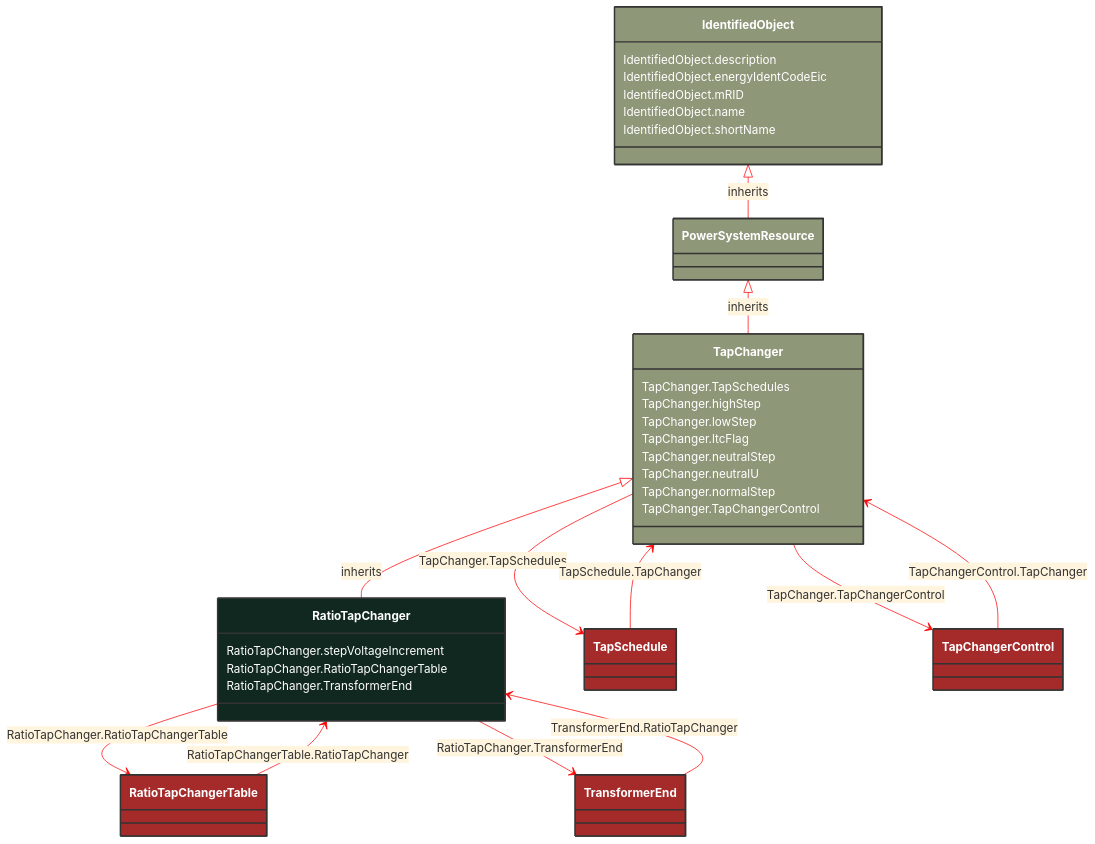
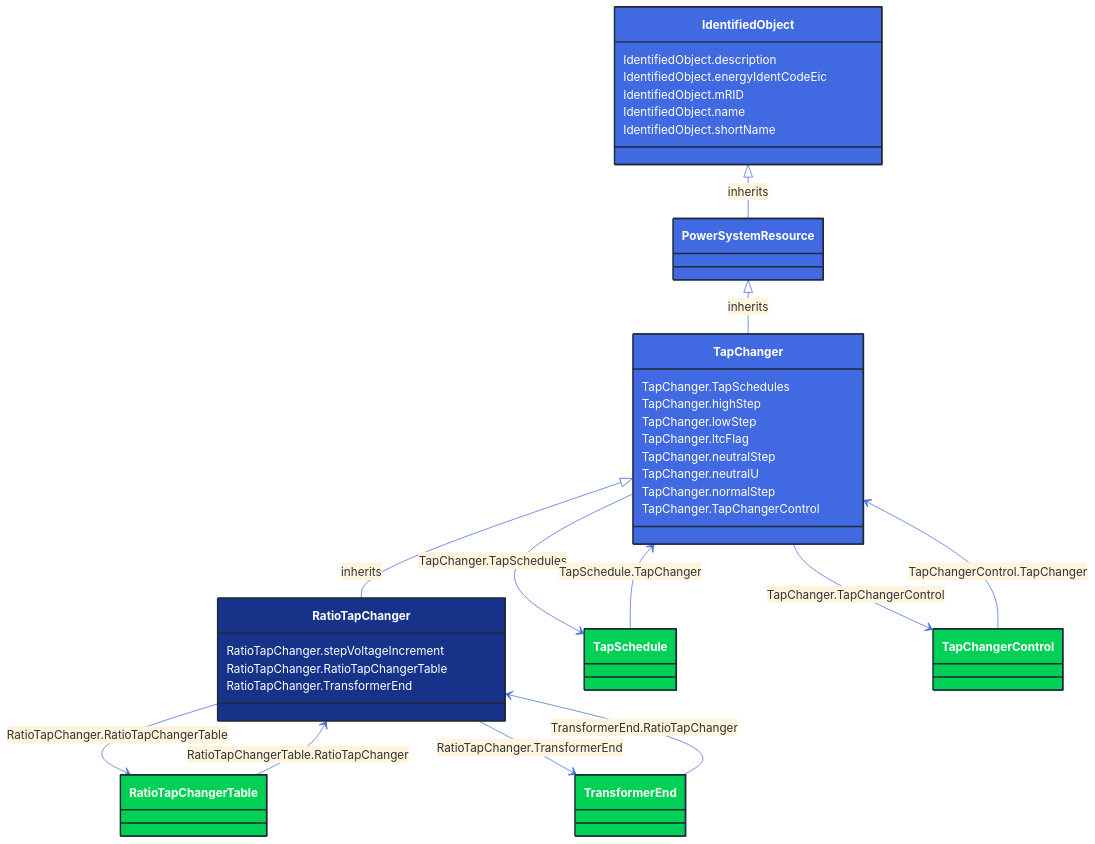
The diagram in docs/Models/Profiles/CoreEquipment/ConcreteClasses/RatioTapChanger.md (3lbits/NoCIMExtensions), drawn with Mermaid before and after one commit. The commit also changed 362 other files, not shown here.

First line of the commit message:
Update diagrams and styles for improved visual consistency

````diff
--- a/docs/Models/Profiles/CoreEquipment/ConcreteClasses/RatioTapChanger.md
+++ b/docs/Models/Profiles/CoreEquipment/ConcreteClasses/RatioTapChanger.md
@@ -10,82 +10,82 @@
 ```mermaid
-%%{init: {'theme':'base','themeVariables': {'lineColor': '#FF0000'}}}%%
+%%{init: {'theme':'base','themeVariables': {'lineColor': '#4169E1'}}}%%
 classDiagram
     class RatioTapChanger
     click RatioTapChanger href "/Models/Profiles/CoreEquipment/ConcreteClasses/RatioTapChanger/"
-    style RatioTapChanger fill:#102820,stroke:#333,stroke-width:2px,rx:10,ry:10,color:white
+    style RatioTapChanger fill:#163289,stroke:#1F2A37,stroke-width:2px,rx:10,ry:10,color:white
      
         TapChanger <|-- RatioTapChanger : inherits
             click TapChanger href "/Models/Profiles/CoreEquipment/AbstractClasses/TapChanger/"
-            style TapChanger fill:#8F9779,stroke:#333,stroke-width:2px,rx:10,ry:10,color:white
+            style TapChanger fill:#4169E1,stroke:#1F2A37,stroke-width:2px,rx:10,ry:10,color:white
      
         PowerSystemResource <|-- TapChanger : inherits
             click PowerSystemResource href "/Models/Profiles/CoreEquipment/AbstractClasses/PowerSystemResource/"
-            style PowerSystemResource fill:#8F9779,stroke:#333,stroke-width:2px,rx:10,ry:10,color:white
+            style PowerSystemResource fill:#4169E1,stroke:#1F2A37,stroke-width:2px,rx:10,ry:10,color:white
      
         IdentifiedObject <|-- PowerSystemResource : inherits
             click IdentifiedObject href "/Models/Profiles/CoreEquipment/AbstractClasses/IdentifiedObject/"
-            style IdentifiedObject fill:#8F9779,stroke:#333,stroke-width:2px,rx:10,ry:10,color:white
+            style IdentifiedObject fill:#4169E1,stroke:#1F2A37,stroke-width:2px,rx:10,ry:10,color:white
 
         RatioTapChanger --> RatioTapChangerTable : RatioTapChanger.RatioTapChangerTable
 
         RatioTapChangerTable
             click RatioTapChangerTable href "/Models/Profiles/CoreEquipment/ConcreteClasses/RatioTapChangerTable/"
-            style RatioTapChangerTable fill:#A52A2A,stroke:#333,stroke-width:2px,rx:10,ry:10,color:white
+            style RatioTapChangerTable fill:#00D156,stroke:#1F2A37,stroke-width:2px,rx:10,ry:10,color:white
         RatioTapChanger --> TransformerEnd : RatioTapChanger.TransformerEnd
 
         TransformerEnd
             click TransformerEnd href "/Models/Profiles/CoreEquipment/AbstractClasses/TransformerEnd/"
-            style TransformerEnd fill:#A52A2A,stroke:#333,stroke-width:2px,rx:10,ry:10,color:white
+            style TransformerEnd fill:#00D156,stroke:#1F2A37,stroke-width:2px,rx:10,ry:10,color:white
         TapChanger --> TapSchedule : TapChanger.TapSchedules
 
         TapSchedule
             click TapSchedule href "/Models/Profiles/CoreEquipment/AbstractClasses/TapSchedule/"
-            style TapSchedule fill:#A52A2A,stroke:#333,stroke-width:2px,rx:10,ry:10,color:white
+            style TapSchedule fill:#00D156,stroke:#1F2A37,stroke-width:2px,rx:10,ry:10,color:white
         TapChanger --> TapChangerControl : TapChanger.TapChangerControl
 
         TapChangerControl
             click TapChangerControl href "/Models/Profiles/CoreEquipment/ConcreteClasses/TapChangerControl/"
-            style TapChangerControl fill:#A52A2A,stroke:#333,stroke-width:2px,rx:10,ry:10,color:white
+            style TapChangerControl fill:#00D156,stroke:#1F2A37,stroke-width:2px,rx:10,ry:10,color:white
 
         TapSchedule --> TapChanger : TapSchedule.TapChanger
 
         TapSchedule
             click TapSchedule href "/Models/Profiles/CoreEquipment/AbstractClasses/TapSchedule/"
-            style TapSchedule fill:#A52A2A,stroke:#333,stroke-width:2px,rx:10,ry:10,color:white
+            style TapSchedule fill:#00D156,stroke:#1F2A37,stroke-width:2px,rx:10,ry:10,color:white
 
         RatioTapChangerTable --> RatioTapChanger : RatioTapChangerTable.RatioTapChanger
 
         RatioTapChangerTable
             click RatioTapChangerTable href "/Models/Profiles/CoreEquipment/ConcreteClasses/RatioTapChangerTable/"
-            style RatioTapChangerTable fill:#A52A2A,stroke:#333,stroke-width:2px,rx:10,ry:10,color:white
+            style RatioTapChangerTable fill:#00D156,stroke:#1F2A37,stroke-width:2px,rx:10,ry:10,color:white
 
         TapChangerControl --> TapChanger : TapChangerControl.TapChanger
 
         TapChangerControl
             click TapChangerControl href "/Models/Profiles/CoreEquipment/ConcreteClasses/TapChangerControl/"
-            style TapChangerControl fill:#A52A2A,stroke:#333,stroke-width:2px,rx:10,ry:10,color:white
+            style TapChangerControl fill:#00D156,stroke:#1F2A37,stroke-width:2px,rx:10,ry:10,color:white
 
         TransformerEnd --> RatioTapChanger : TransformerEnd.RatioTapChanger
 
         TransformerEnd
             click TransformerEnd href "/Models/Profiles/CoreEquipment/AbstractClasses/TransformerEnd/"
-            style TransformerEnd fill:#A52A2A,stroke:#333,stroke-width:2px,rx:10,ry:10,color:white
+            style TransformerEnd fill:#00D156,stroke:#1F2A37,stroke-width:2px,rx:10,ry:10,color:white
 
 
         RatioTapChanger : RatioTapChanger.stepVoltageIncrement
         RatioTapChanger : RatioTapChanger.RatioTapChangerTable
         RatioTapChanger : RatioTapChanger.TransformerEnd
         TapChanger : TapChanger.TapSchedules
         TapChanger : TapChanger.highStep
         TapChanger : TapChanger.lowStep
         TapChanger : TapChanger.ltcFlag
         TapChanger : TapChanger.neutralStep
         TapChanger : TapChanger.neutralU
         TapChanger : TapChanger.normalStep
         TapChanger : TapChanger.TapChangerControl
         IdentifiedObject : IdentifiedObject.description
         IdentifiedObject : IdentifiedObject.energyIdentCodeEic
         IdentifiedObject : IdentifiedObject.mRID
         IdentifiedObject : IdentifiedObject.name
         IdentifiedObject : IdentifiedObject.shortName
 ```
````
